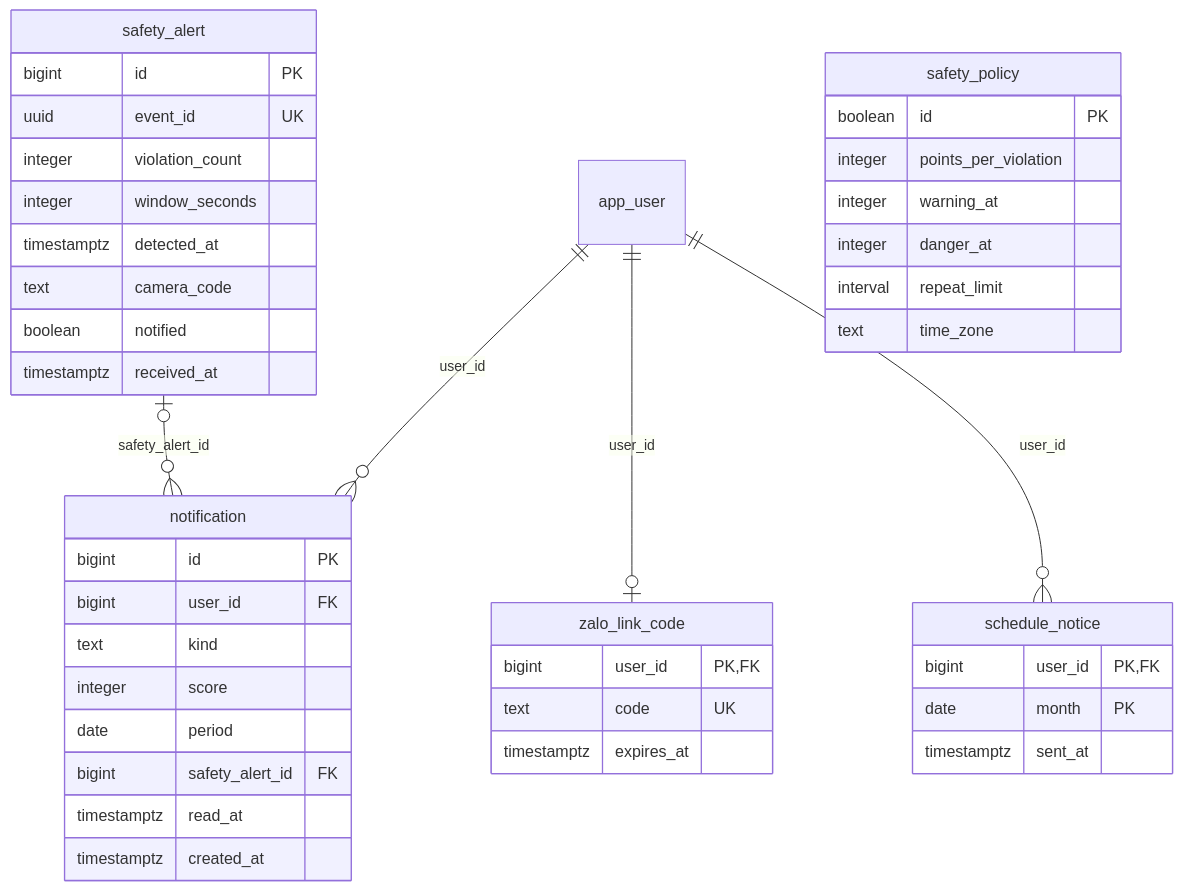
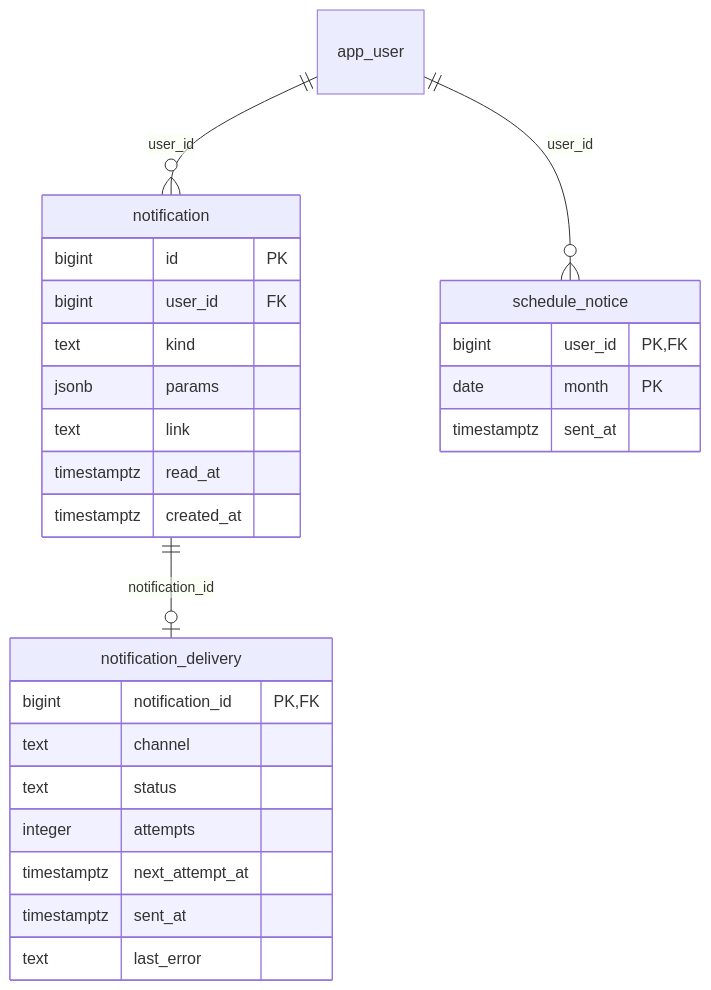
The seventh of 8 diagrams in docs/database-design.md (OwOchiii/steelsight_erp), drawn with Mermaid before and after one commit. The commit also changed other lines of this file and 96 other files, not shown here.

First line of the commit message:
Align ERP schema and design docs with SRS

````diff
--- a/docs/database-design.md
+++ b/docs/database-design.md
@@ -580,45 +771,29 @@
 ```mermaid
 erDiagram
     app_user ||--o{ notification : "user_id"
-    safety_alert |o--o{ notification : "safety_alert_id"
-    app_user ||--o| zalo_link_code : "user_id"
+    notification ||--o| notification_delivery : "notification_id"
     app_user ||--o{ schedule_notice : "user_id"
-    safety_policy {
-        boolean id PK
-        integer points_per_violation
-        integer warning_at
-        integer danger_at
-        interval repeat_limit
-        text time_zone
+    notification {
+        bigint id PK
+        bigint user_id FK
+        text kind
+        jsonb params
+        text link
+        timestamptz read_at
+        timestamptz created_at
     }
-    safety_alert {
-        bigint id PK
-        uuid event_id UK
-        integer violation_count
-        integer window_seconds
-        timestamptz detected_at
-        text camera_code
-        boolean notified
-        timestamptz received_at
-    }
-    zalo_link_code {
-        bigint user_id PK,FK
-        text code UK
-        timestamptz expires_at
+    notification_delivery {
+        bigint notification_id PK,FK
+        text channel
+        text status
+        integer attempts
+        timestamptz next_attempt_at
+        timestamptz sent_at
+        text last_error
     }
     schedule_notice {
         bigint user_id PK,FK
         date month PK
         timestamptz sent_at
     }
-    notification {
-        bigint id PK
-        bigint user_id FK
-        text kind
-        integer score
-        date period
-        bigint safety_alert_id FK
-        timestamptz read_at
-        timestamptz created_at
-    }
 ```
````
